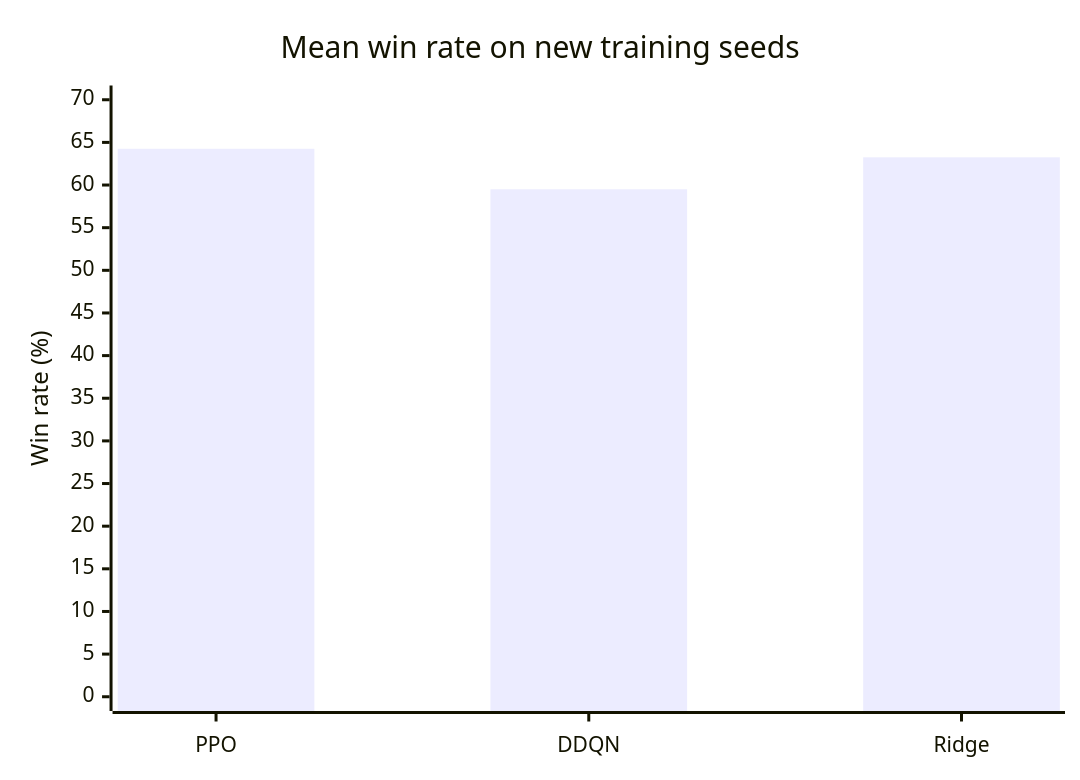
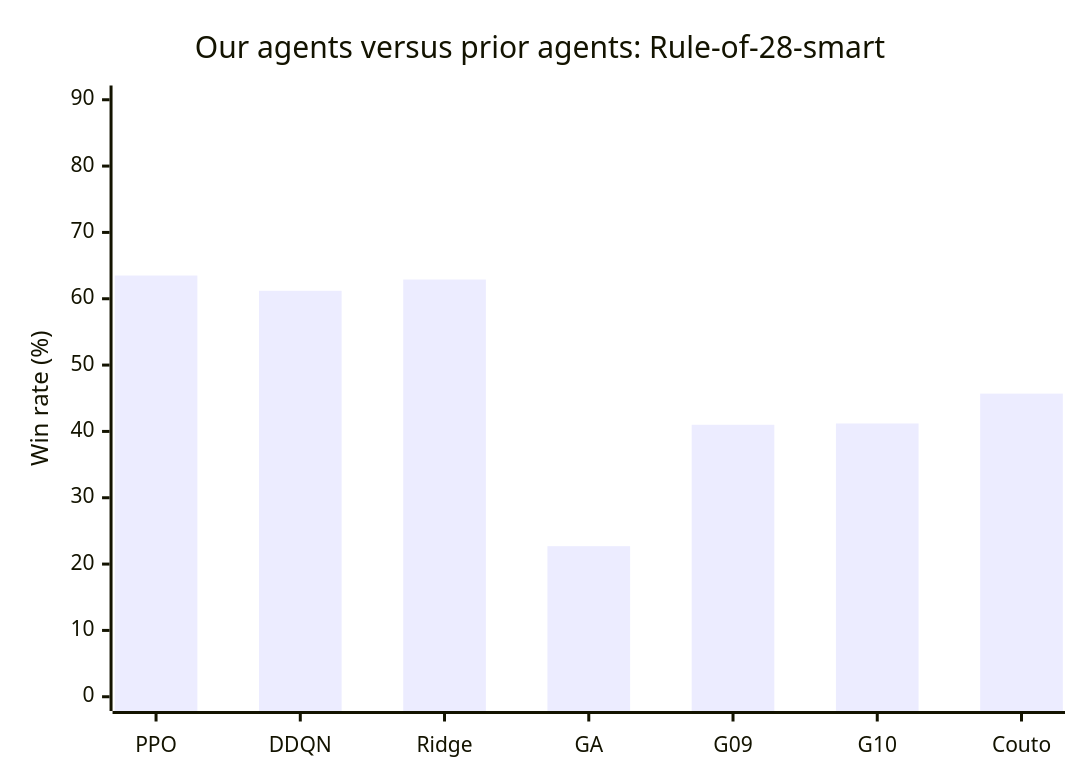
The first of 4 diagrams in README.md (BrianHuangNTUCSIE/cant-stop-rl), drawn with Mermaid before and after one commit. The commit also changed other lines of this file, not shown here.

Commit message:
Reframe README around comparison with prior agents

````diff
--- a/README.md
+++ b/README.md
@@ -13,7 +47,7 @@
 ```mermaid
 xychart-beta
-    title "Mean win rate on new training seeds"
-    x-axis [PPO, DDQN, Ridge]
-    y-axis "Win rate (%)" 0 --> 70
-    bar [64.25, 59.50, 63.25]
+    title "Our agents versus prior agents: Rule-of-28-smart"
+    x-axis [PPO, DDQN, Ridge, GA, G09, G10, Couto]
+    y-axis "Win rate (%)" 0 --> 90
+    bar [63.5, 61.2, 62.9, 22.7, 41.0, 41.2, 45.7]
 ```
````
